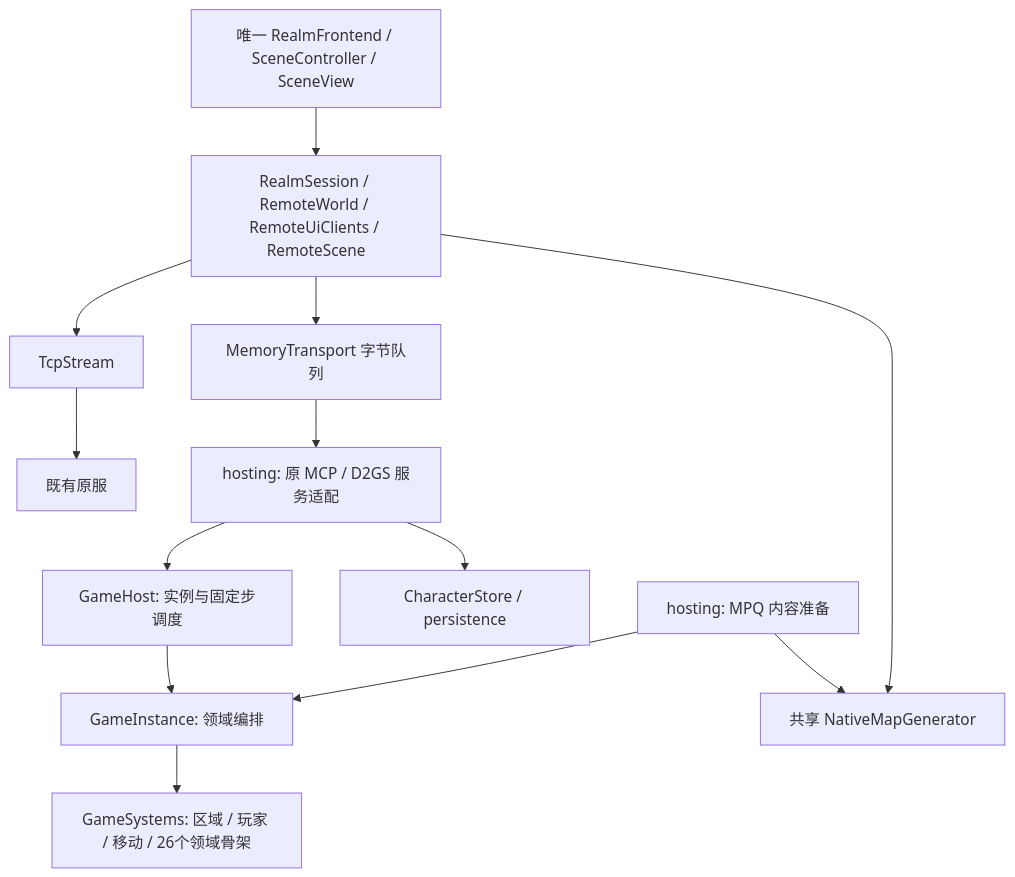
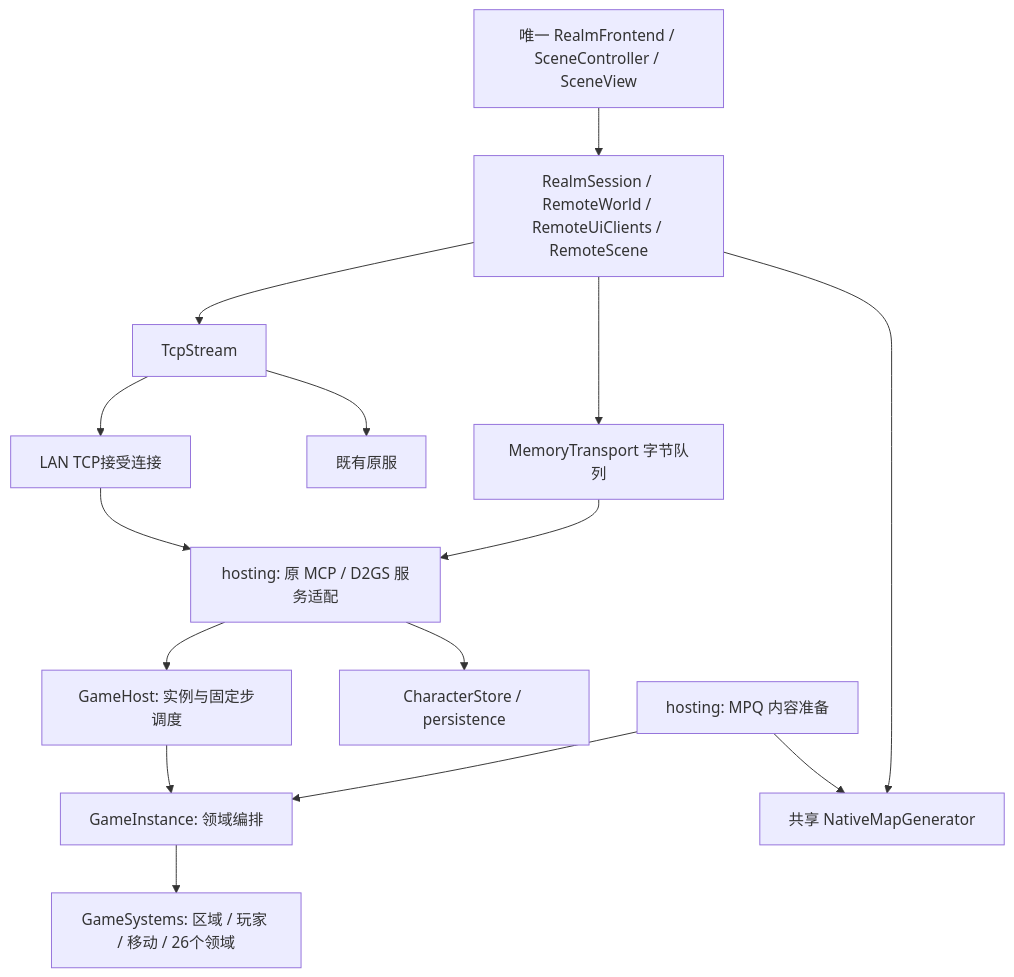
One commit to bombzj/d2x changed the diagram in docs/architecture/MULTIPLAYER.md. Above: the diagram before and after it, drawn with Mermaid. The commit also changed other lines of this file and 174 other files, not shown here.

````diff
--- a/docs/architecture/MULTIPLAYER.md
+++ b/docs/architecture/MULTIPLAYER.md
@@ -15,15 +15,17 @@
 ```mermaid
 flowchart TD
     ui[唯一 RealmFrontend / SceneController / SceneView] --> client[RealmSession / RemoteWorld / RemoteUiClients / RemoteScene]
     client --> tcp[TcpStream]
     client --> queue[MemoryTransport 字节队列]
     tcp --> original[既有原服]
+    tcp --> lan[LAN TCP接受连接]
+    lan --> protocol
     queue --> protocol[hosting: 原 MCP / D2GS 服务适配]
     protocol --> host[GameHost: 实例与固定步调度]
     host --> kernel[GameInstance: 领域编排]
-    kernel --> domains[GameSystems: 区域 / 玩家 / 移动 / 26个领域骨架]
+    kernel --> domains[GameSystems: 区域 / 玩家 / 移动 / 26个领域]
     protocol --> store[CharacterStore / persistence]
     prepare[hosting: MPQ 内容准备] --> kernel
     prepare --> generator[共享 NativeMapGenerator]
     client --> generator
 ```
````
